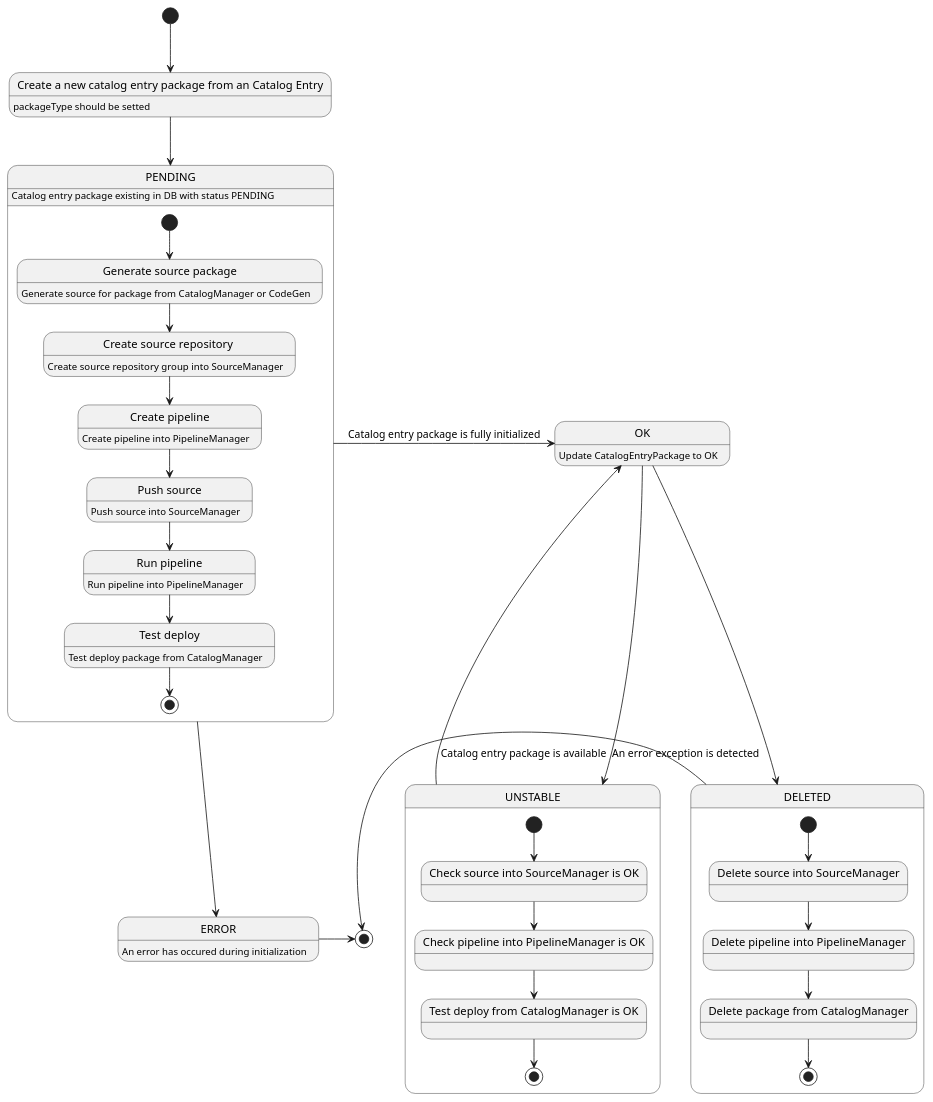
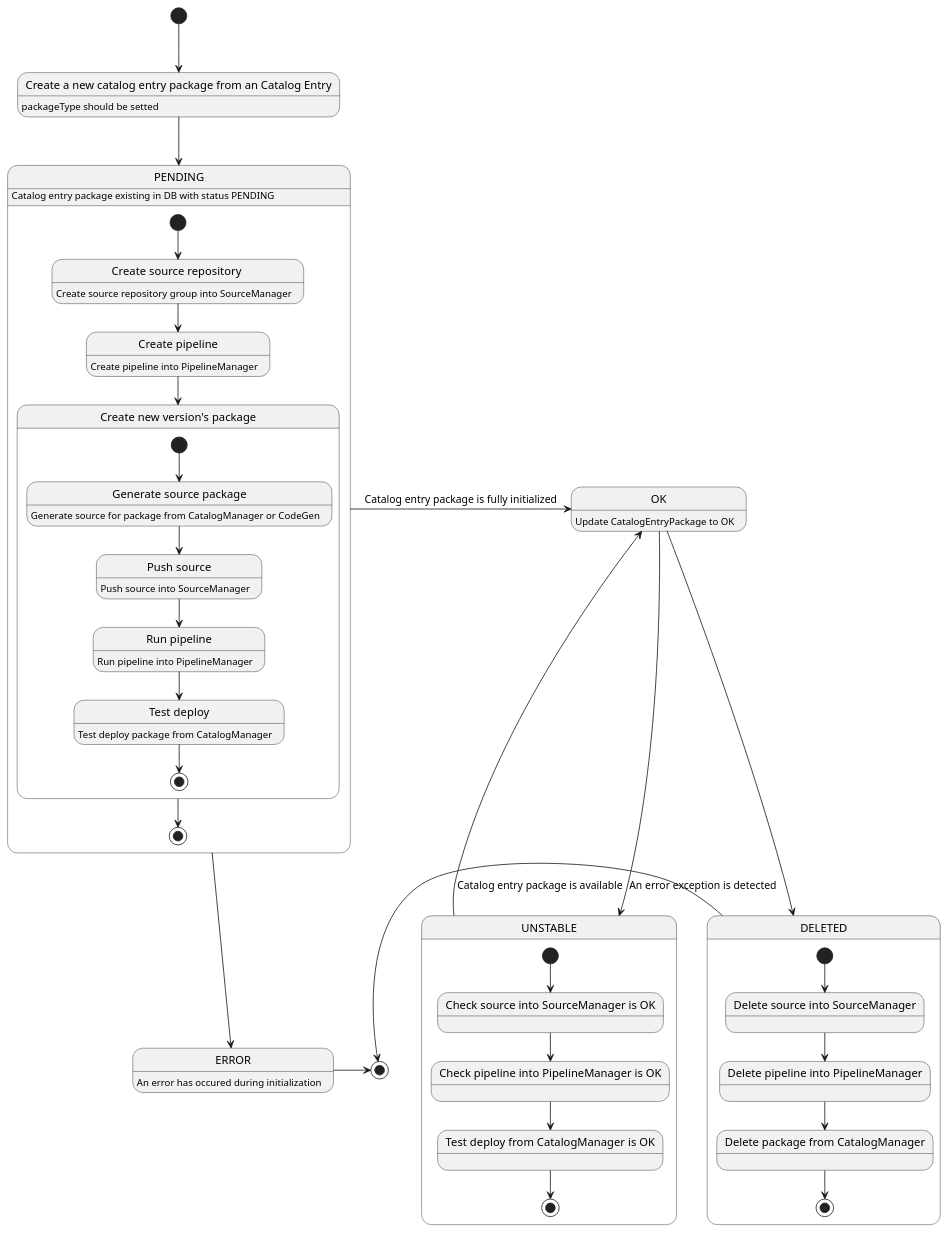
Before and after one commit to kathra-project/specifications: the diagram in Use cases/CatalogEntryPackage/lifecycle-state-machine.puml, drawn with PlantUML. The commit also changed 18 other files, not shown here.

```diff
--- a/Use cases/CatalogEntryPackage/lifecycle-state-machine.puml
+++ b/Use cases/CatalogEntryPackage/lifecycle-state-machine.puml
@@ -1,49 +1,56 @@
 @startuml
 state "Create a new catalog entry package from an Catalog Entry" as insertCatalogEntryPackage : packageType should be setted
 [*] --> insertCatalogEntryPackage
 insertCatalogEntryPackage --> PENDING
 PENDING : Catalog entry package existing in DB with status PENDING
 ERROR : An error has occured during initialization
 state PENDING {
-    state "Generate source package" as generateSrc : Generate source for package from CatalogManager or CodeGen
     state "Create source repository " as createRepository : Create source repository group into SourceManager
     state "Create pipeline" as createPipeline : Create pipeline into PipelineManager
+
+    [*] --> createRepository
+    createRepository --> createPipeline
+    createPipeline  --> createPackageVersion
+
+    state "Create new version's package" as createPackageVersion {
+    state "Generate source package" as generateSrc : Generate source for package from CatalogManager or CodeGen
     state "Push source" as pushSource : Push source into SourceManager
     state "Run pipeline" as runPipeline : Run pipeline into PipelineManager
     state "Test deploy" as testDeploy : Test deploy package from CatalogManager
     [*] --> generateSrc
-    generateSrc --> createRepository
-    createRepository --> createPipeline
-    createPipeline --> pushSource
+    generateSrc --> pushSource
     pushSource --> runPipeline
     runPipeline --> testDeploy
     testDeploy --> [*]
+    }
+
+    createPackageVersion --> [*]
 }
 ERROR -> [*]
 PENDING -> OK : Catalog entry package is fully initialized
 PENDING --> ERROR
 OK : Update CatalogEntryPackage to OK
 OK --> UNSTABLE : An error exception is detected
 state UNSTABLE {
     state "Check source into SourceManager is OK" as checkSource
     state "Check pipeline into PipelineManager is OK" as checkPipeline
     state "Test deploy from CatalogManager is OK" as testPackage
     [*] --> checkSource
     checkSource --> checkPipeline
     checkPipeline --> testPackage
     testPackage --> [*]
 }
 UNSTABLE -> OK : Catalog entry package is available
 OK --> DELETED
 state DELETED {
     state "Delete source into SourceManager" as deleteSrc
     state "Delete pipeline into PipelineManager" as deletePipeline
     state "Delete package from CatalogManager" as deleteEntry
     [*] --> deleteSrc
     deleteSrc --> deletePipeline
     deletePipeline --> deleteEntry
     deleteEntry --> [*]
 }
 DELETED -left-> [*]
 
 @enduml
```
